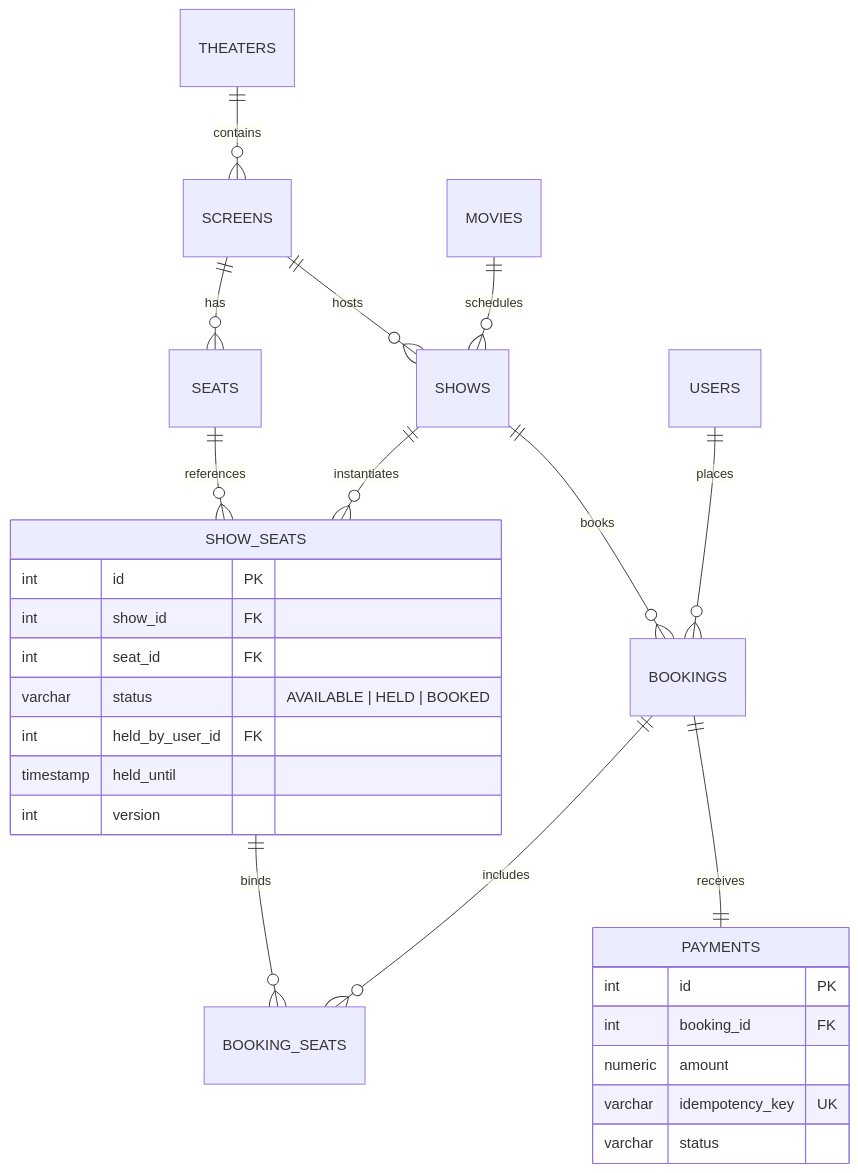
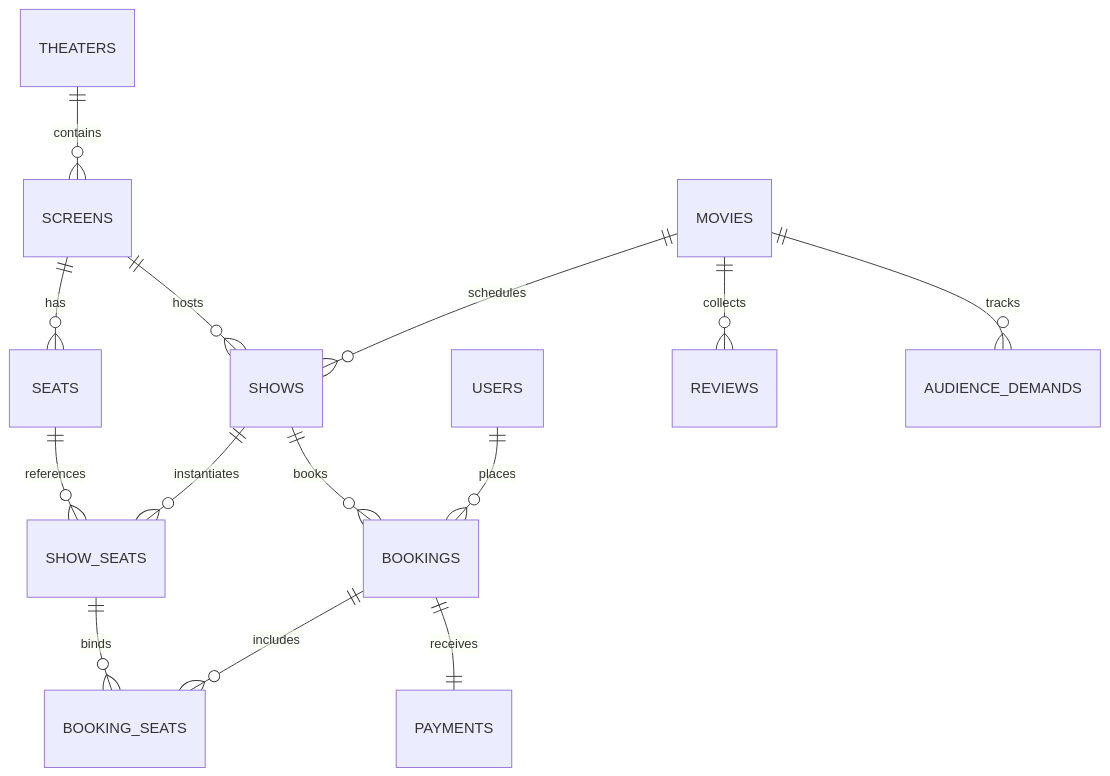
One commit to Ruchitha-2007/seatLock changed the third of 4 diagrams in README.md. Above: the diagram before and after it, drawn with Mermaid. The commit also changed other lines of this file, not shown here.

Commit message:
docs: comprehensive architecture and workflow guide in README

````diff
--- a/README.md
+++ b/README.md
@@ -95,32 +240,16 @@
 ```mermaid
 erDiagram
     THEATERS ||--o{ SCREENS : contains
     SCREENS ||--o{ SEATS : has
     MOVIES ||--o{ SHOWS : schedules
     SCREENS ||--o{ SHOWS : hosts
     SHOWS ||--o{ SHOW_SEATS : instantiates
     SEATS ||--o{ SHOW_SEATS : references
     USERS ||--o{ BOOKINGS : places
     SHOWS ||--o{ BOOKINGS : books
     BOOKINGS ||--o{ BOOKING_SEATS : includes
     SHOW_SEATS ||--o{ BOOKING_SEATS : binds
     BOOKINGS ||--|| PAYMENTS : receives
-
-    SHOW_SEATS {
-        int id PK
-        int show_id FK
-        int seat_id FK
-        varchar status "AVAILABLE | HELD | BOOKED"
-        int held_by_user_id FK
-        timestamp held_until
-        int version
-    }
-
-    PAYMENTS {
-        int id PK
-        int booking_id FK
-        numeric amount
-        varchar idempotency_key UK
-        varchar status
-    }
+    MOVIES ||--o{ REVIEWS : collects
+    MOVIES ||--o{ AUDIENCE_DEMANDS : tracks
 ```
````
